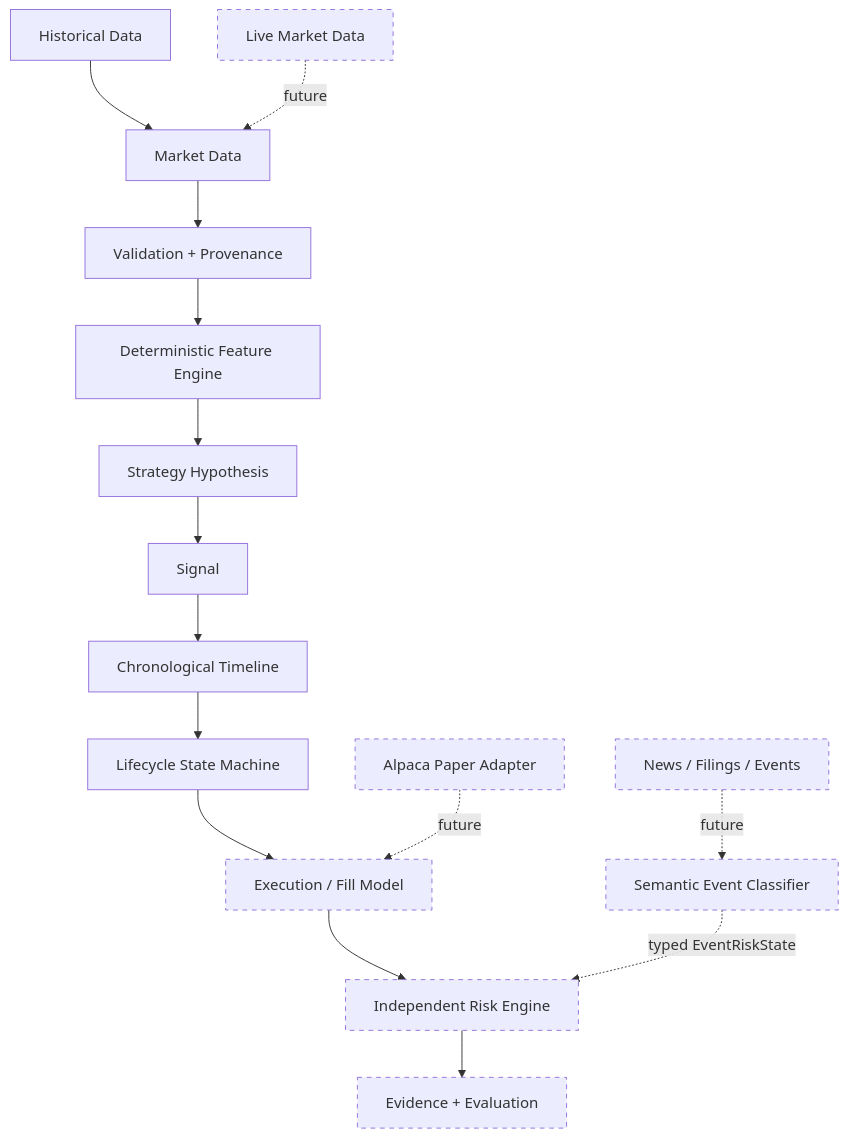
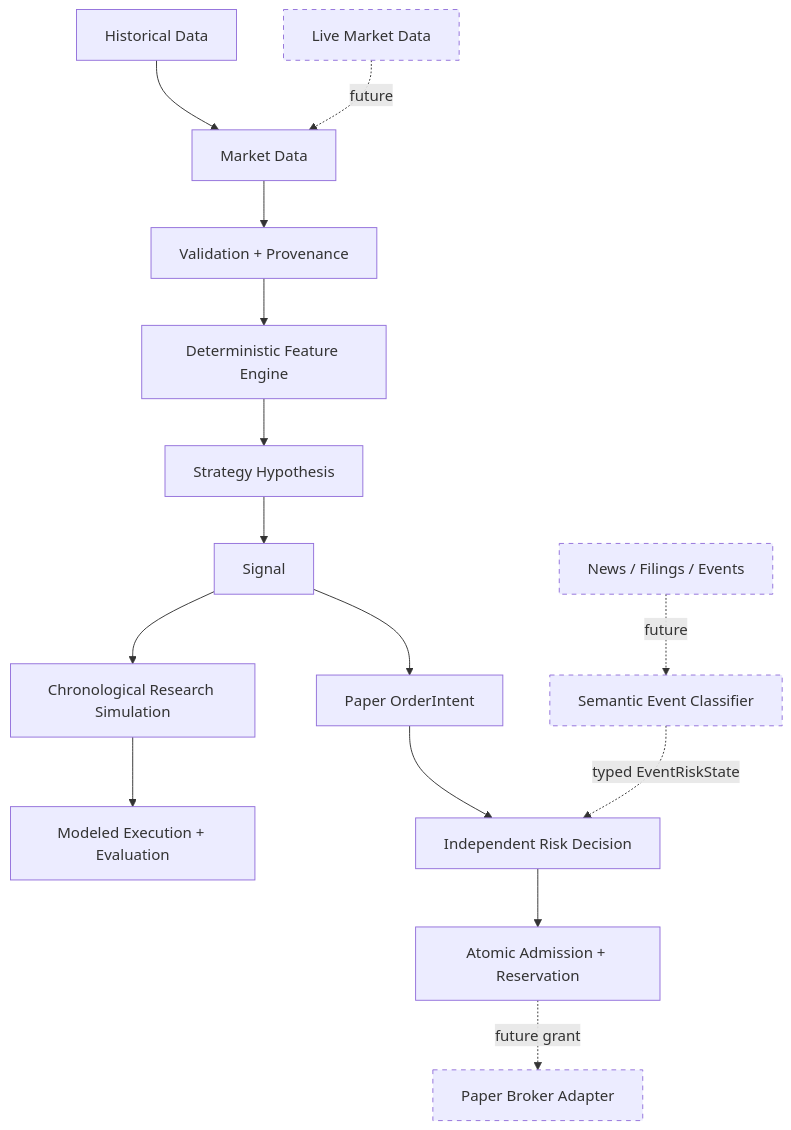
Before and after one commit to jayjz/SHAD0W: the first of 2 diagrams in README.md, drawn with Mermaid. The commit also changed other lines of this file and 11 other files, not shown here.

Commit message:
feat: add deterministic paper risk gate

````diff
--- a/README.md
+++ b/README.md
@@ -85,29 +85,25 @@
 ```mermaid
 flowchart TD
     A["Market Data"] --> B["Validation + Provenance"]
     B --> C["Deterministic Feature Engine"]
     C --> D["Strategy Hypothesis"]
     D --> E["Signal"]
 
-    E --> F["Chronological Timeline"]
-    F --> G["Lifecycle State Machine"]
+    E --> F["Chronological Research Simulation"]
+    F --> G["Modeled Execution + Evaluation"]
 
-    G --> H["Execution / Fill Model"]
-    H --> I["Independent Risk Engine"]
-    I --> J["Evidence + Evaluation"]
+    E --> H["Paper OrderIntent"]
+    H --> I["Independent Risk Decision"]
+    I --> J["Atomic Admission + Reservation"]
+    J -. future grant .-> O["Paper Broker Adapter"]
 
     K["News / Filings / Events"] -. future .-> L["Semantic Event Classifier"]
     L -. typed EventRiskState .-> I
 
     M["Historical Data"] --> A
     N["Live Market Data"] -. future .-> A
-    O["Alpaca Paper Adapter"] -. future .-> H
-
-    style H stroke-dasharray: 5 5
-    style I stroke-dasharray: 5 5
-    style J stroke-dasharray: 5 5
     style K stroke-dasharray: 5 5
     style L stroke-dasharray: 5 5
     style N stroke-dasharray: 5 5
     style O stroke-dasharray: 5 5
 ```
````
